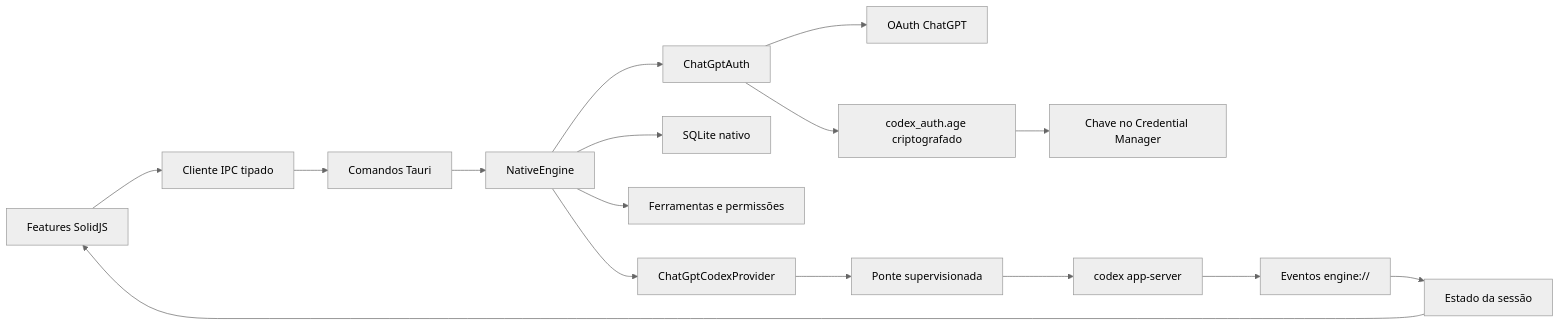
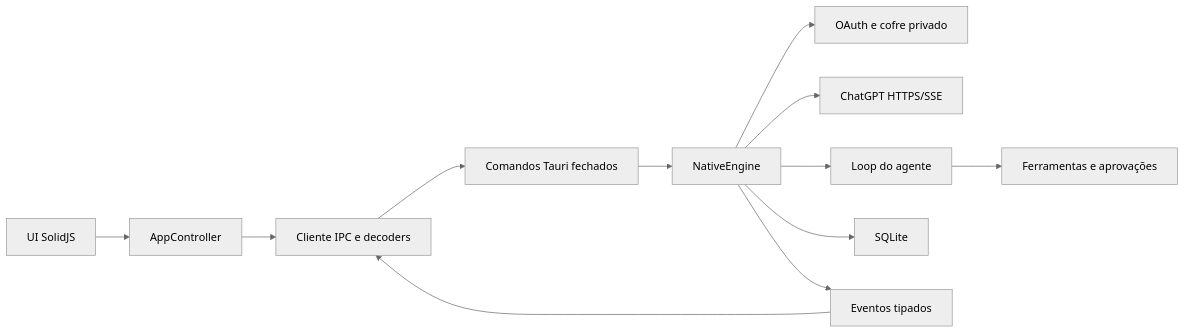
Before and after one commit to BRUN0R2/codex-app: the diagram in docs/ARCHITECTURE.md, drawn with Mermaid (neutral theme). The commit also changed other lines of this file and 160 other files, not shown here.

````diff
--- a/docs/ARCHITECTURE.md
+++ b/docs/ARCHITECTURE.md
@@ -5,18 +5,14 @@
 ```mermaid
 flowchart LR
-    UI["Features SolidJS"] --> IPC["Cliente IPC tipado"]
-    IPC --> Commands["Comandos Tauri"]
+    UI["UI SolidJS"] --> State["AppController"]
+    State --> Decode["Cliente IPC e decoders"]
+    Decode --> Commands["Comandos Tauri fechados"]
     Commands --> Engine["NativeEngine"]
-    Engine --> Auth["ChatGptAuth"]
-    Auth --> OAuth["OAuth ChatGPT"]
-    Auth --> Vault["codex_auth.age criptografado"]
-    Vault --> Keyring["Chave no Credential Manager"]
-    Engine --> Store["SQLite nativo"]
-    Engine --> Policy["Ferramentas e permissões"]
-    Engine --> Provider["ChatGptCodexProvider"]
-    Provider --> Bridge["Ponte supervisionada"]
-    Bridge --> Server["codex app-server"]
-    Server --> Events["Eventos engine://"]
-    Events --> Session["Estado da sessão"]
-    Session --> UI
+    Engine --> Auth["OAuth e cofre privado"]
+    Engine --> Provider["ChatGPT HTTPS/SSE"]
+    Engine --> Agent["Loop do agente"]
+    Agent --> Tools["Ferramentas e aprovações"]
+    Engine --> Store["SQLite"]
+    Engine --> Events["Eventos tipados"]
+    Events --> Decode
 ```
````
